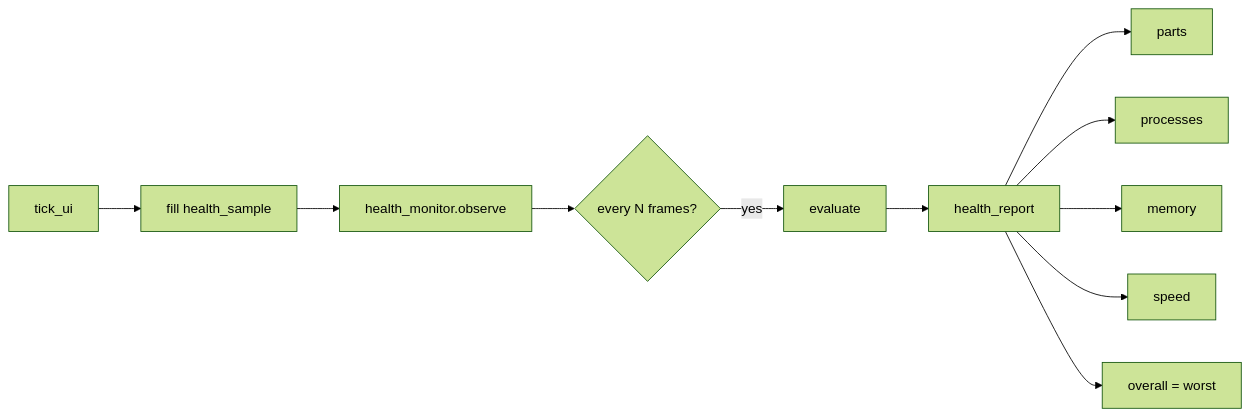
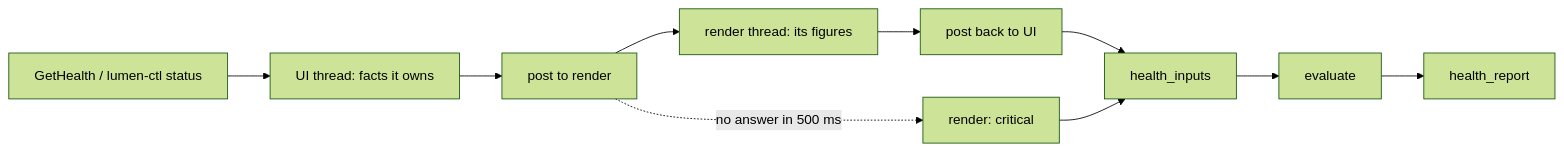
Before and after one commit to dimmus/lumen: the diagram in docs/subsystems/health.md, drawn with Mermaid (forest theme). The commit also changed other lines of this file and 141 other files, not shown here.

````diff
--- a/docs/subsystems/health.md
+++ b/docs/subsystems/health.md
@@ -42,13 +45,12 @@
 ```mermaid
 flowchart LR
-    TICK[tick_ui] --> SAMPLE[fill health_sample]
-    SAMPLE --> OBS[health_monitor.observe]
-    OBS --> INT{every N frames?}
-    INT -->|yes| EVAL[evaluate]
+    REQ[GetHealth / lumen-ctl status] --> UI[UI thread: facts it owns]
+    UI --> POST[post to render]
+    POST --> RENDER[render thread: its figures]
+    RENDER --> BACK[post back to UI]
+    BACK --> IN[health_inputs]
+    IN --> EVAL[evaluate]
     EVAL --> RPT[health_report]
-    RPT --> PARTS[parts]
-    RPT --> PROC[processes]
-    RPT --> MEM[memory]
-    RPT --> SPD[speed]
-    RPT --> OVER[overall = worst]
+    POST -.->|"no answer in 500 ms"| CRIT[render: critical]
+    CRIT --> IN
 ```
````
